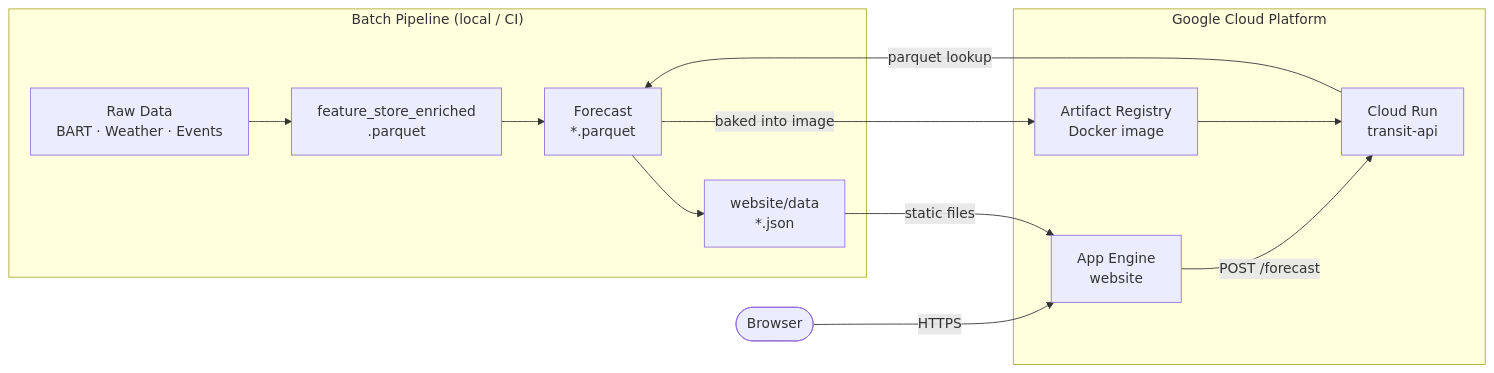
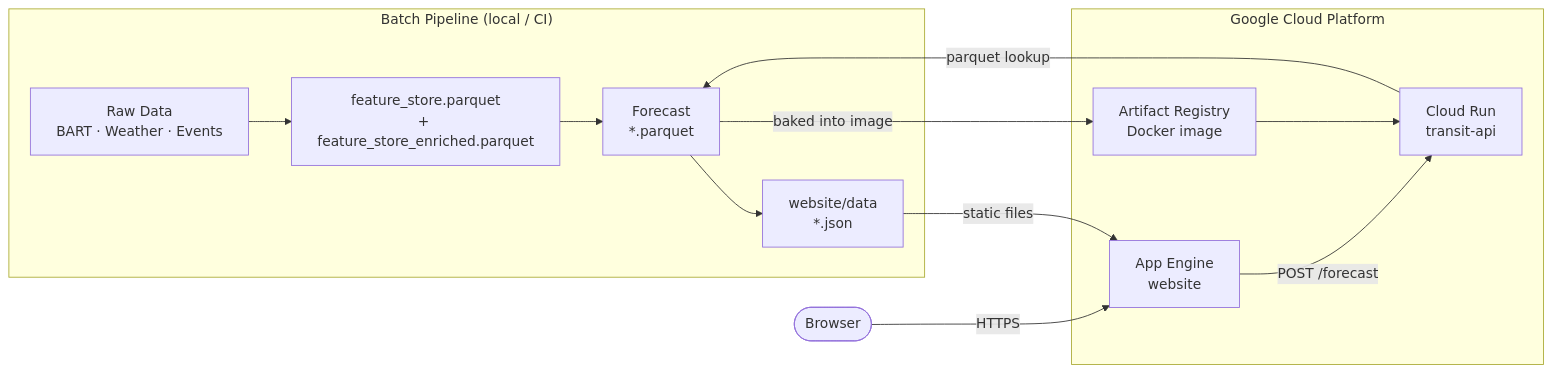
One commit to Dhruv-cs50/transit-demand-forecasting changed the diagram in README.md. Above: the diagram before and after it, drawn with Mermaid. The commit also changed 2 other files, not shown here.

Commit message:
Fix stale enriched-store data-flow docs in README/ML README + BART station count in sections.jsx (2026-09-15 daily audit, in progress)
Claude-Session: https://claude.ai/code/session_01AeLRBSsqUVx2ic4kUhbDPD

````diff
--- a/README.md
+++ b/README.md
@@ -240,22 +240,22 @@
 ```mermaid
 flowchart LR
     subgraph Pipeline["Batch Pipeline (local / CI)"]
         RAW[Raw Data\nBART · Weather · Events]
-        FS[feature_store_enriched\n.parquet]
+        FS[feature_store.parquet\n+ feature_store_enriched.parquet]
         FC[Forecast\n*.parquet]
         JSON[website/data\n*.json]
         RAW --> FS --> FC --> JSON
     end
 
     subgraph GCP["Google Cloud Platform"]
         AR[Artifact Registry\nDocker image]
         CR[Cloud Run\ntransit-api]
         GAE[App Engine\nwebsite]
         FC -->|baked into image| AR --> CR
         JSON -->|static files| GAE
     end
 
     USER([Browser]) -->|HTTPS| GAE
     GAE -->|POST /forecast| CR
     CR -->|parquet lookup| FC
 ```
````
